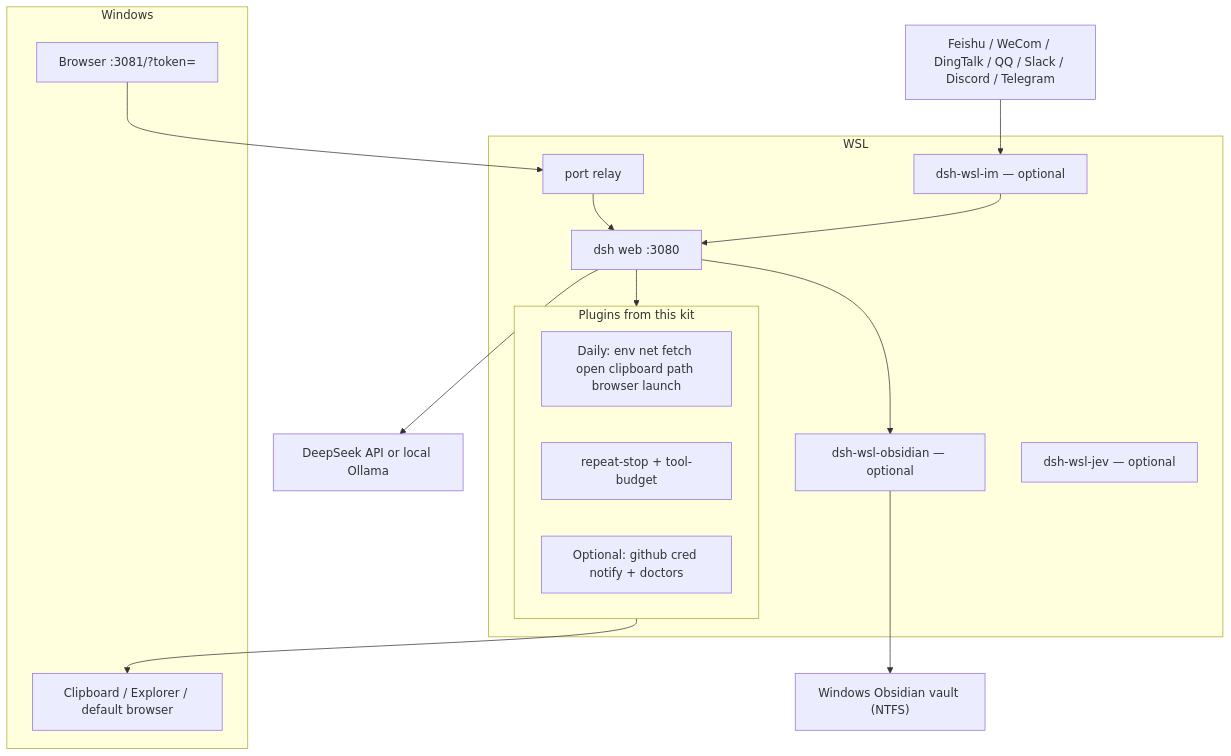
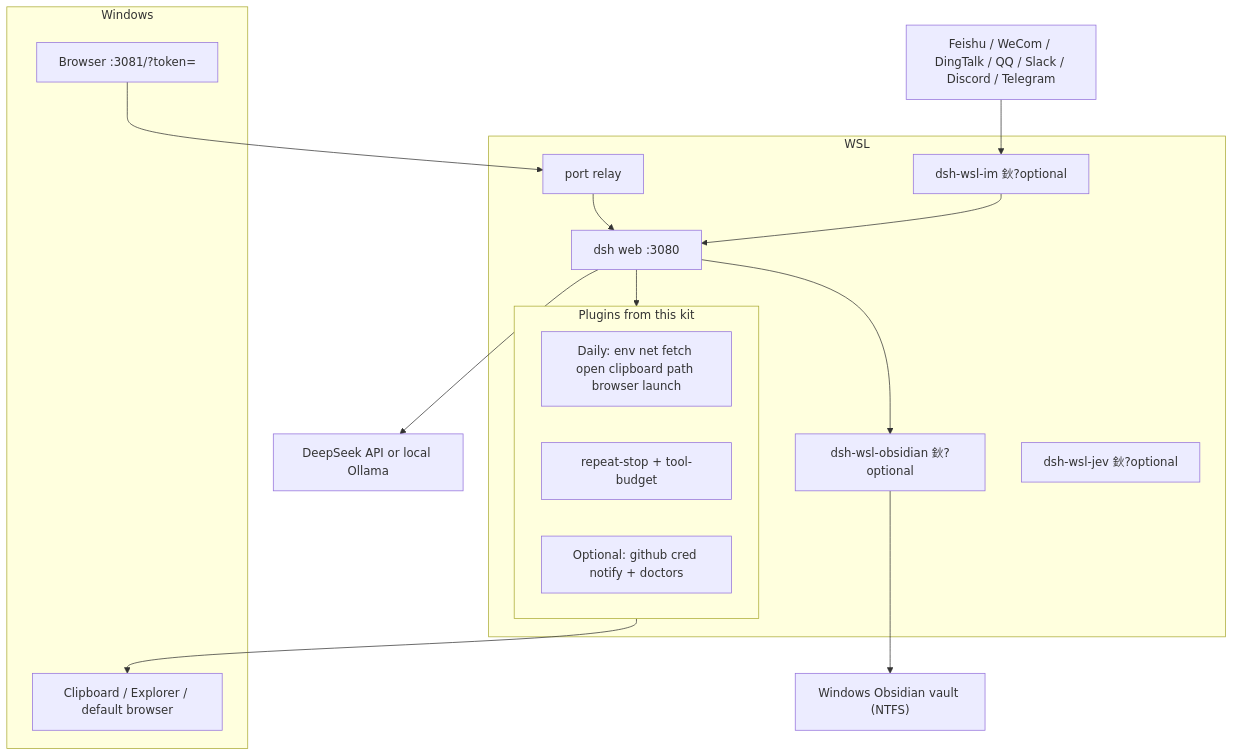
One commit to 173787247/dsh-wsl-kit changed the diagram in README.md. Above: the diagram before and after it, drawn with Mermaid. The commit also changed other lines of this file and 1 other file, not shown here.

Commit message:
docs: register dsh-wsl-secret

````diff
--- a/README.md
+++ b/README.md
@@ -15,30 +15,30 @@
 ```mermaid
 flowchart TB
   subgraph win [Windows]
     browser["Browser :3081/?token="]
     host["Clipboard / Explorer / default browser"]
   end
   subgraph wslbox [WSL]
     relay["port relay"]
     dsh["dsh web :3080"]
     subgraph plugins [Plugins from this kit]
       daily["Daily: env net fetch open clipboard path browser launch"]
       guards["repeat-stop + tool-budget"]
       more["Optional: github cred notify + doctors"]
     end
-    im["dsh-wsl-im — optional"]
-    obsidian["dsh-wsl-obsidian — optional"]
-    jev["dsh-wsl-jev — optional"]
+    im["dsh-wsl-im 鈥?optional"]
+    obsidian["dsh-wsl-obsidian 鈥?optional"]
+    jev["dsh-wsl-jev 鈥?optional"]
   end
   llm["DeepSeek API or local Ollama"]
   chats["Feishu / WeCom / DingTalk / QQ / Slack / Discord / Telegram"]
   vault["Windows Obsidian vault (NTFS)"]
 
   browser --> relay --> dsh
   dsh --> plugins
   dsh --> llm
   plugins --> host
   chats --> im --> dsh
   obsidian --> vault
   dsh --> obsidian
 ```
````
